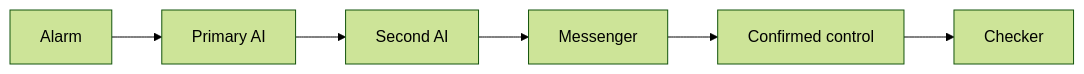
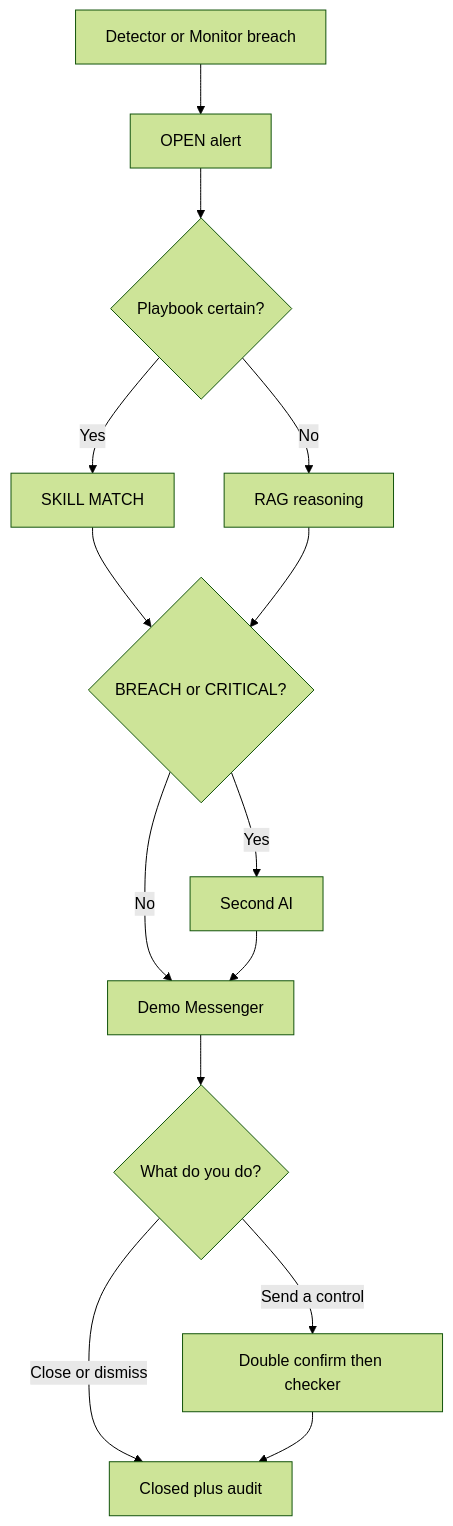
One commit to hxyan2020/PRD changed the fourth of 11 diagrams in platform/docs/USER_GUIDE.md. Above: the diagram before and after it, drawn with Mermaid (forest theme). The commit also changed other lines of this file and 12 other files, not shown here.

First line of the commit message:
Add flowcharts and sequence diagrams to admin docs

````diff
--- a/platform/docs/USER_GUIDE.md
+++ b/platform/docs/USER_GUIDE.md
@@ -160,8 +177,16 @@
 ```mermaid
-graph LR
-  Alarm[Alarm] --> RCA[Primary AI]
-  RCA --> Second[Second AI]
-  Second --> Chat[Messenger]
-  Chat --> Control[Confirmed control]
-  Control --> Checker[Checker]
+graph TD
+  Det[Detector or Monitor breach] --> Alert[OPEN alert]
+  Alert --> Skill{Playbook certain?}
+  Skill -->|Yes| SM[SKILL MATCH]
+  Skill -->|No| RAG[RAG reasoning]
+  SM --> Sev{BREACH or CRITICAL?}
+  RAG --> Sev
+  Sev -->|Yes| Second[Second AI]
+  Sev -->|No| Msg[Demo Messenger]
+  Second --> Msg
+  Msg --> Act{What do you do?}
+  Act -->|Close or dismiss| Done[Closed plus audit]
+  Act -->|Send a control| Gate[Double confirm then checker]
+  Gate --> Done
 ```
````
